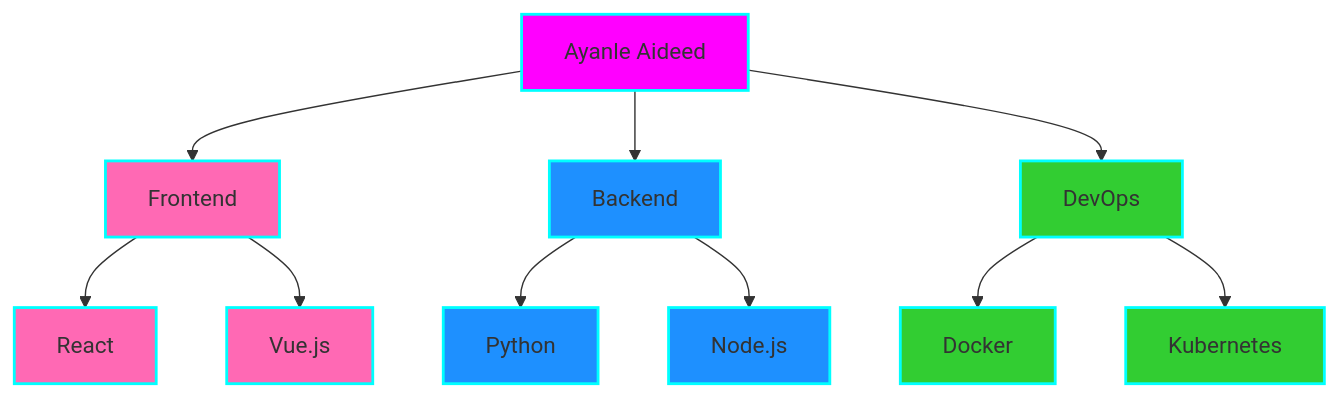
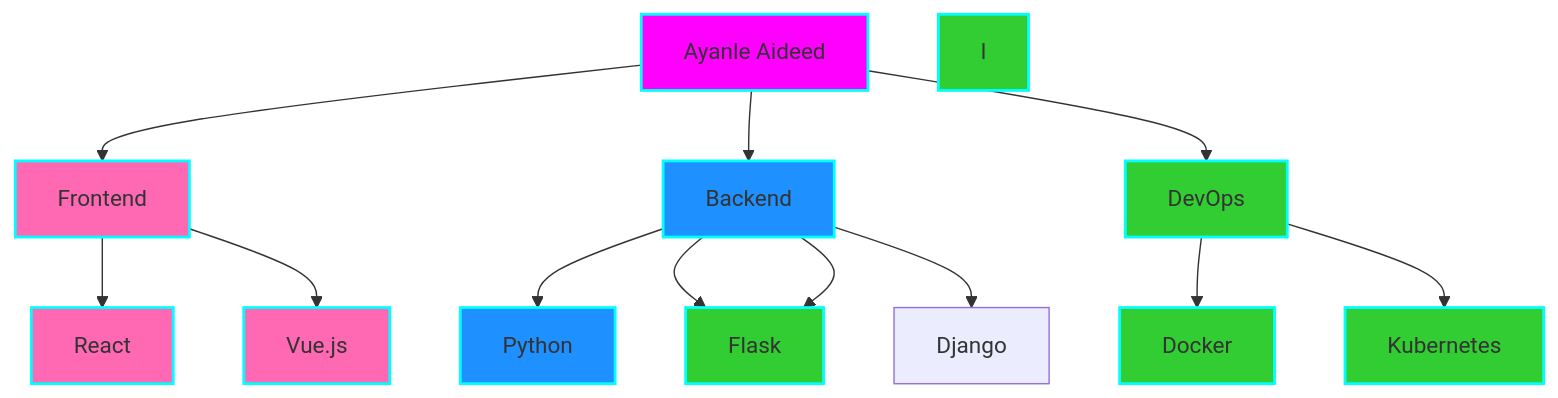
One commit to Ayanleaideed/Ayanleaideed changed the diagram in README.md. Above: the diagram before and after it, drawn with Mermaid.

````diff
--- a/README.md
+++ b/README.md
@@ -98,22 +98,26 @@
 ```mermaid
 graph TD
     A[Ayanle Aideed] --> B[Frontend]
     A --> C[Backend]
     A --> D[DevOps]
     B --> E[React]
     B --> F[Vue.js]
     C --> G[Python]
     C --> H[Node.js]
     D --> I[Docker]
     D --> J[Kubernetes]
+    C --> L[Django]
+    C --> H[Flask]
     style A fill:#FF00FF,stroke:#00FFFF,stroke-width:2px
     style B fill:#FF69B4,stroke:#00FFFF,stroke-width:2px
     style C fill:#1E90FF,stroke:#00FFFF,stroke-width:2px
     style D fill:#32CD32,stroke:#00FFFF,stroke-width:2px
     style E fill:#FF69B4,stroke:#00FFFF,stroke-width:2px
     style F fill:#FF69B4,stroke:#00FFFF,stroke-width:2px
     style G fill:#1E90FF,stroke:#00FFFF,stroke-width:2px
     style H fill:#1E90FF,stroke:#00FFFF,stroke-width:2px
     style I fill:#32CD32,stroke:#00FFFF,stroke-width:2px
     style J fill:#32CD32,stroke:#00FFFF,stroke-width:2px
+    style l fill:#32CD32,stroke:#00FFFF,stroke-width:2px
+    style H fill:#32CD32,stroke:#00FFFF,stroke-width:2px
 ```
````
